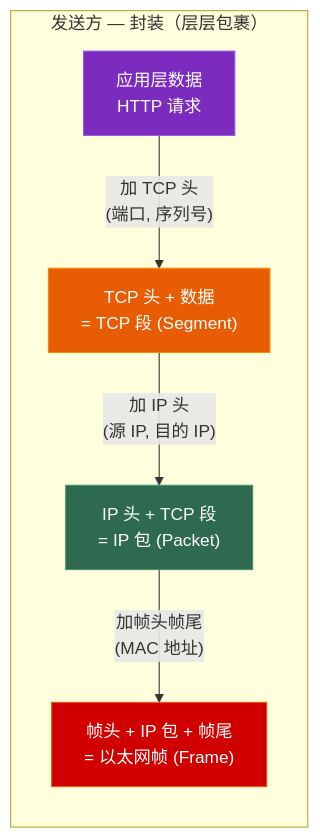
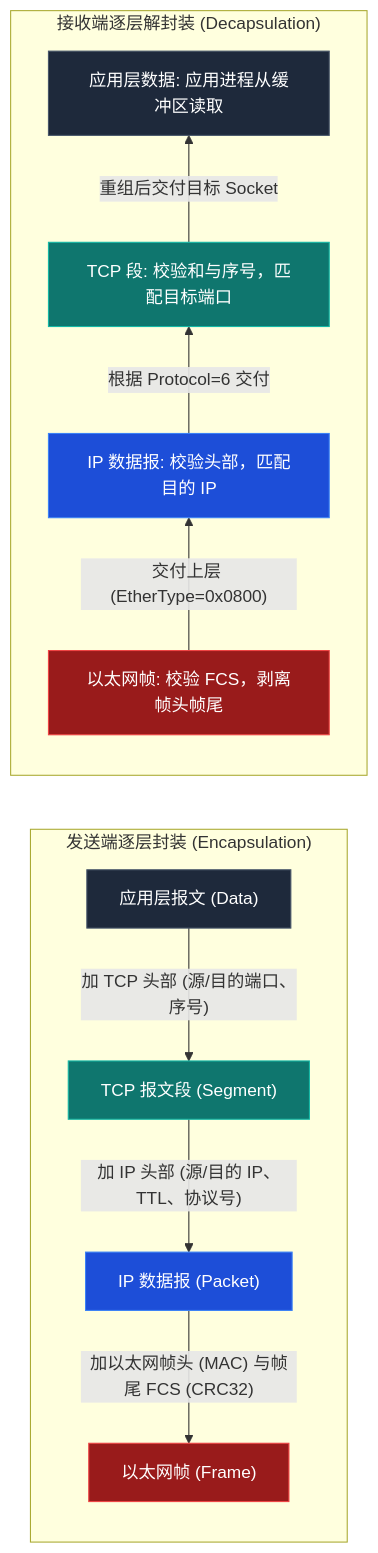
Before and after one commit to Lumivers/firefly: the first of 3 diagrams in src/content/posts/network/01_network_model.md, drawn with Mermaid. The commit also changed other lines of this file and 18 other files, not shown here.

````diff
--- a/src/content/posts/network/01_network_model.md
+++ b/src/content/posts/network/01_network_model.md
@@ -71,18 +54,25 @@
 ```mermaid
 graph LR
-    subgraph "发送方 — 封装（层层包裹）"
-        d1["应用层数据\nHTTP 请求"]
-        d2["TCP 头 + 数据\n= TCP 段 (Segment)"]
-        d3["IP 头 + TCP 段\n= IP 包 (Packet)"]
-        d4["帧头 + IP 包 + 帧尾\n= 以太网帧 (Frame)"]
+    subgraph "发送端逐层封装 (Encapsulation)"
+        direction TB
+        M["应用层报文 (Data)"] -->|"加 TCP 头部 (源/目的端口、序号)"| S["TCP 报文段 (Segment)"]
+        S -->|"加 IP 头部 (源/目的 IP、TTL、协议号)"| P["IP 数据报 (Packet)"]
+        P -->|"加以太网帧头 (MAC) 与帧尾 FCS (CRC32)"| F["以太网帧 (Frame)"]
     end
 
-    d1 -->|"加 TCP 头\n(端口, 序列号)"| d2
-    d2 -->|"加 IP 头\n(源 IP, 目的 IP)"| d3
-    d3 -->|"加帧头帧尾\n(MAC 地址)"| d4
+    subgraph "接收端逐层解封装 (Decapsulation)"
+        direction BT
+        F_R["以太网帧: 校验 FCS，剥离帧头帧尾"] -->|"交付上层 (EtherType=0x0800)"| P_R["IP 数据报: 校验头部，匹配目的 IP"]
+        P_R -->|"根据 Protocol=6 交付"| S_R["TCP 段: 校验和与序号，匹配目标端口"]
+        S_R -->|"重组后交付目标 Socket"| M_R["应用层数据: 应用进程从缓冲区读取"]
+    end
 
-    style d1 fill:#7b2cbf,stroke:#9d4edd,color:white
-    style d2 fill:#e85d04,stroke:#f48c06,color:white
-    style d3 fill:#2d6a4f,stroke:#40916c,color:white
-    style d4 fill:#d00000,stroke:#e85d04,color:white
+    style M fill:#1e293b,stroke:#475569,color:#fff
+    style S fill:#0f766e,stroke:#14b8a6,color:#fff
+    style P fill:#1d4ed8,stroke:#3b82f6,color:#fff
+    style F fill:#991b1b,stroke:#ef4444,color:#fff
+    style M_R fill:#1e293b,stroke:#475569,color:#fff
+    style S_R fill:#0f766e,stroke:#14b8a6,color:#fff
+    style P_R fill:#1d4ed8,stroke:#3b82f6,color:#fff
+    style F_R fill:#991b1b,stroke:#ef4444,color:#fff
 ```
````
